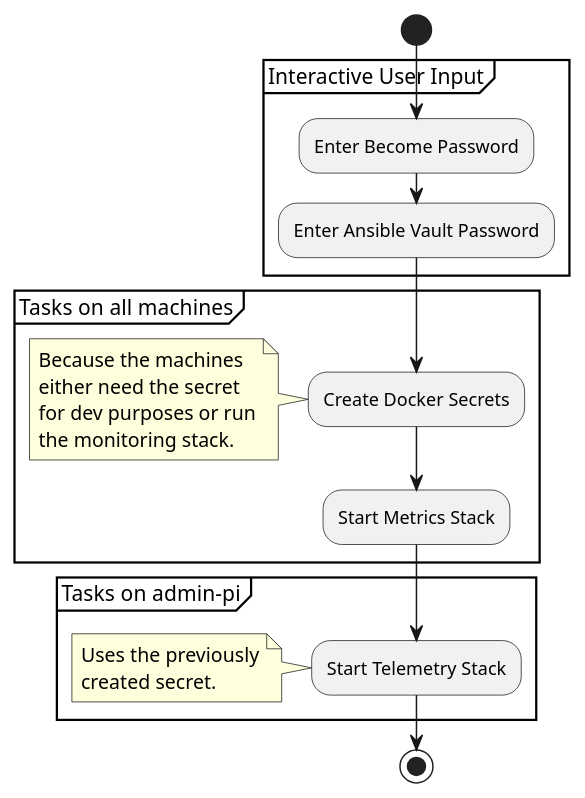
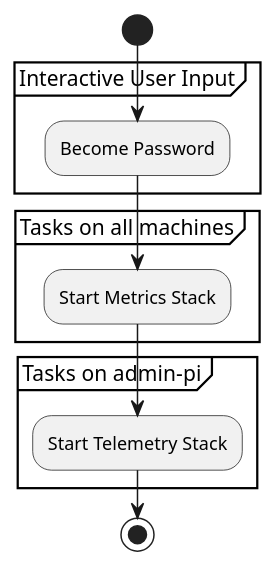
The diagram in docs/ansible/telemetry.md (sommerfeld-io/configs-homelab), drawn with PlantUML before and after one commit.

Commit message:
docs: remove all references to docker secrets because my machines do not run in swarm mode

````diff
--- a/docs/ansible/telemetry.md
+++ b/docs/ansible/telemetry.md
@@ -13,23 +13,20 @@
 ```kroki-plantuml
 @startuml
 start
 
 partition "Interactive User Input" {
-    :Enter Become Password;
-    :Enter Ansible Vault Password;
+    :Become Password;
+    ' :Ansible Vault Password;
 }
 
 partition "Tasks on all machines" {
-    :Create Docker Secrets;
-    note left: Because the machines\neither need the secret\nfor dev purposes or run\nthe monitoring stack.
     :Start Metrics Stack;
 }
 
 partition "Tasks on admin-pi" {
     :Start Telemetry Stack;
-    note left: Uses the previously\ncreated secret.
 }
 
 stop
 @enduml
 ```
````
